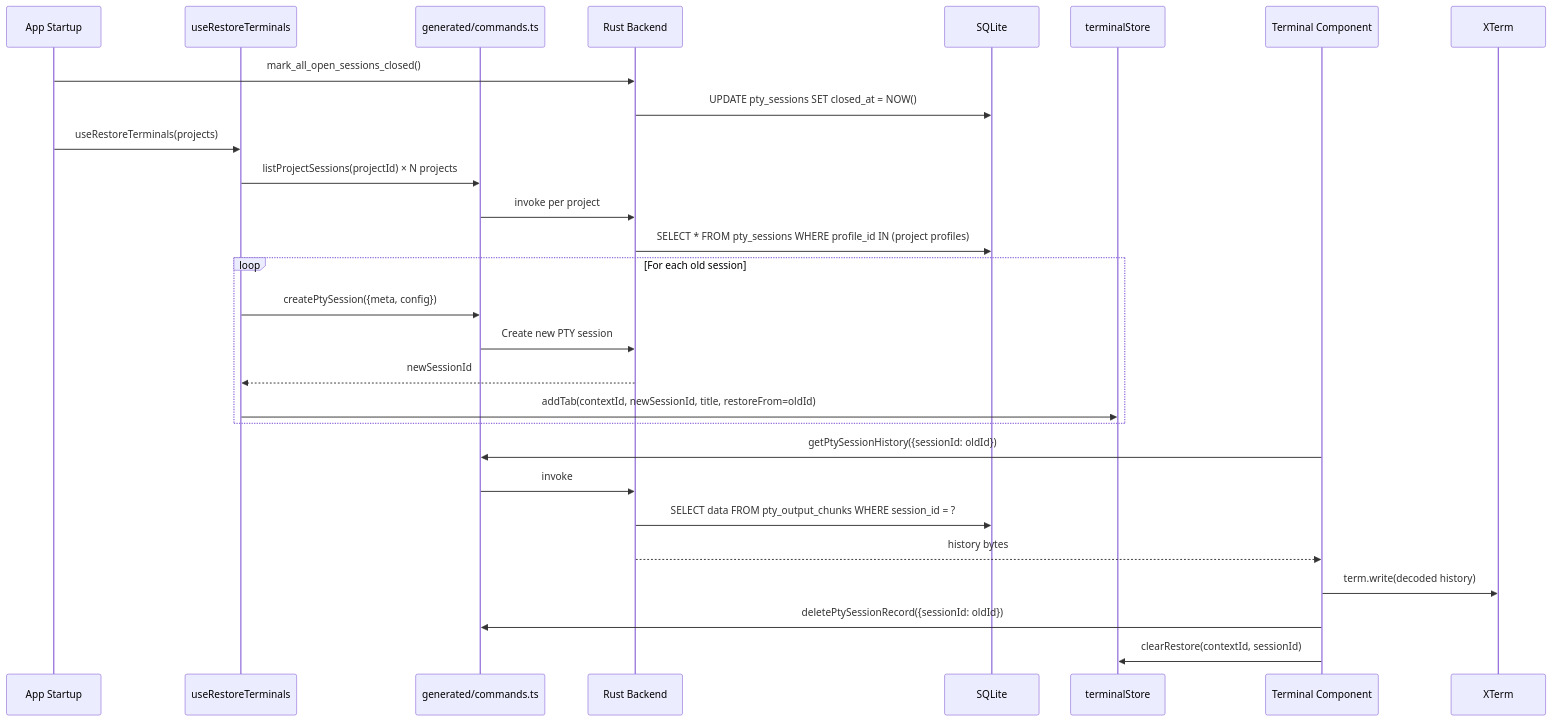
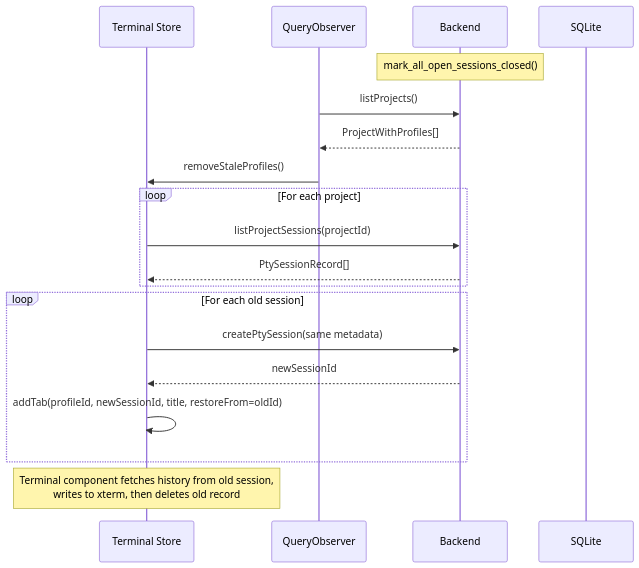
One commit to AkaraChen/2code changed the third of 5 diagrams in docs/data-flow.md. Above: the diagram before and after it, drawn with Mermaid. The commit also changed other lines of this file and 5 other files, not shown here.

First line of the commit message:
docs: regenerate architecture docs and update CLAUDE.md

````diff
--- a/docs/data-flow.md
+++ b/docs/data-flow.md
@@ -125,33 +88,25 @@
 ```mermaid
 sequenceDiagram
-    participant App as App Startup
-    participant Hook as useRestoreTerminals
-    participant Gen as generated/commands.ts
-    participant Backend as Rust Backend
+    participant Store as Terminal Store
+    participant QO as QueryObserver
+    participant BE as Backend
     participant DB as SQLite
-    participant Store as terminalStore
-    participant Term as Terminal Component
 
-    App->>Backend: mark_all_open_sessions_closed()
-    Backend->>DB: UPDATE pty_sessions SET closed_at = NOW()
+    Note over BE: mark_all_open_sessions_closed()
+    QO->>BE: listProjects()
+    BE-->>QO: ProjectWithProfiles[]
+    QO->>Store: removeStaleProfiles()
 
-    App->>Hook: useRestoreTerminals(projects)
-    Hook->>Gen: listProjectSessions(projectId) × N projects
-    Gen->>Backend: invoke per project
-    Backend->>DB: SELECT * FROM pty_sessions WHERE profile_id IN (project profiles)
+    loop For each project
+        Store->>BE: listProjectSessions(projectId)
+        BE-->>Store: PtySessionRecord[]
+    end
 
     loop For each old session
-        Hook->>Gen: createPtySession({meta, config})
-        Gen->>Backend: Create new PTY session
-        Backend-->>Hook: newSessionId
-        Hook->>Store: addTab(contextId, newSessionId, title, restoreFrom=oldId)
+        Store->>BE: createPtySession(same metadata)
+        BE-->>Store: newSessionId
+        Store->>Store: addTab(profileId, newSessionId, title, restoreFrom=oldId)
     end
 
-    Term->>Gen: getPtySessionHistory({sessionId: oldId})
-    Gen->>Backend: invoke
-    Backend->>DB: SELECT data FROM pty_output_chunks WHERE session_id = ?
-    Backend-->>Term: history bytes
-    Term->>XTerm: term.write(decoded history)
-    Term->>Gen: deletePtySessionRecord({sessionId: oldId})
-    Term->>Store: clearRestore(contextId, sessionId)
+    Note over Store: Terminal component fetches history from old session,<br/>writes to xterm, then deletes old record
 ```
````
